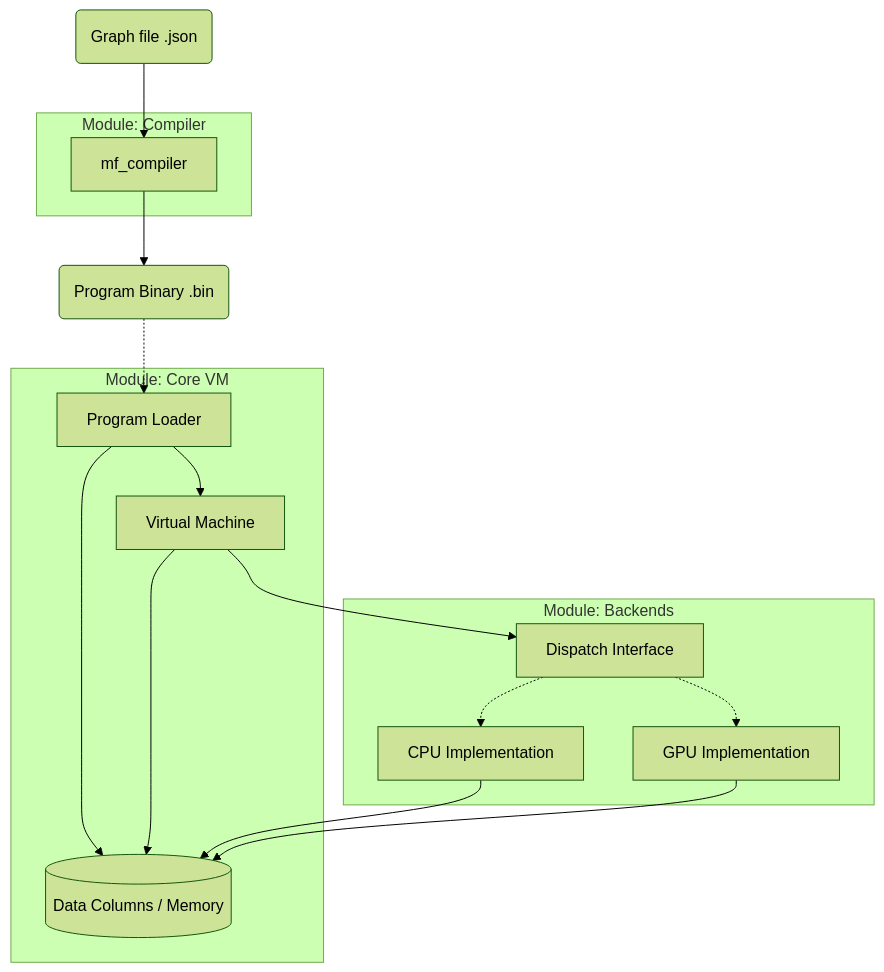
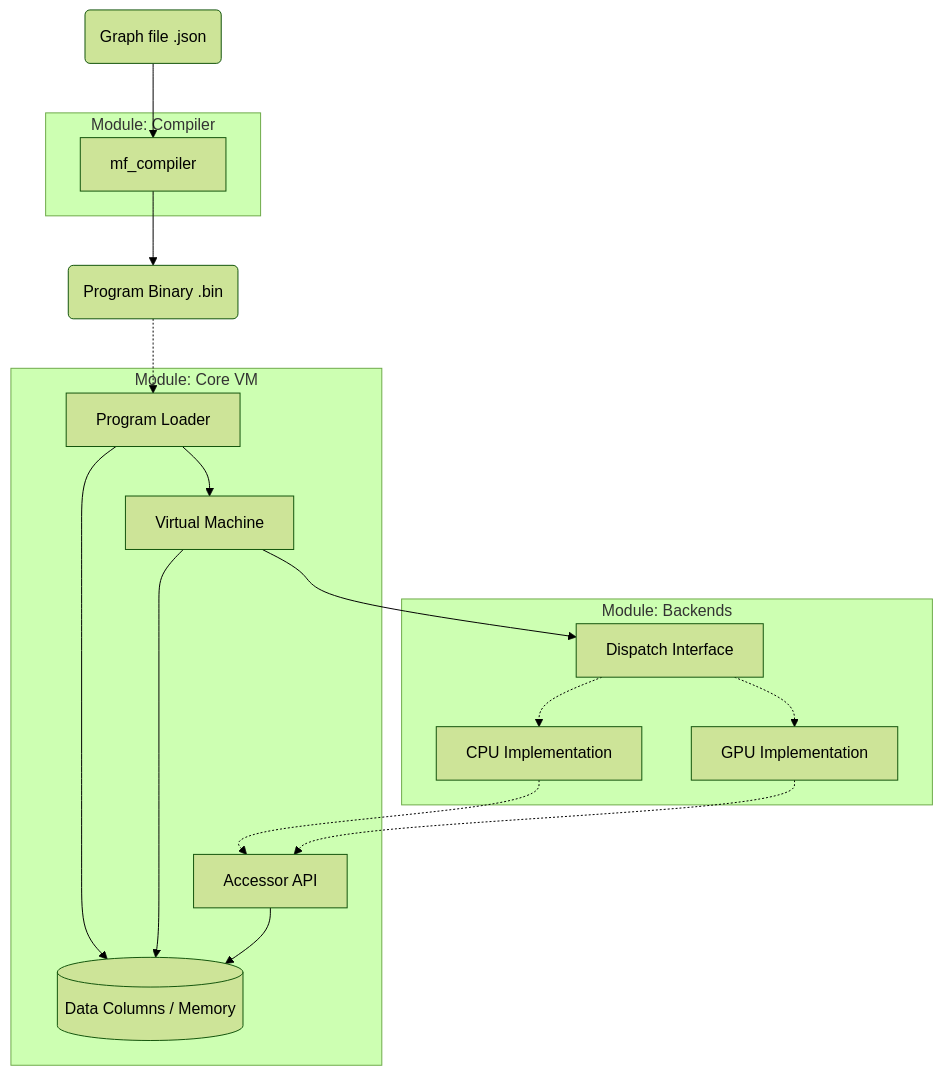
Before and after one commit to BinaryCat17/MathFlow: the diagram in docs/architecture.md, drawn with Mermaid (forest theme). The commit also changed other lines of this file, not shown here.

Commit message:
docs: update architecture to reflect Memory Accessor API and encapsulation

````diff
--- a/docs/architecture.md
+++ b/docs/architecture.md
@@ -9,43 +9,46 @@
 ```mermaid
 flowchart TD
     %% Assets
     JSON("Graph file .json")
     BIN("Program Binary .bin")
 
     %% Module: Compiler
     subgraph "Module: Compiler"
         Compiler[mf_compiler]
     end
 
     %% Module: Core VM
     subgraph "Module: Core VM"
         Loader[Program Loader]
         VM[Virtual Machine]
         Memory[("Data Columns / Memory")]
+        API["Accessor API"]
     end
 
     %% Backends
     subgraph "Module: Backends"
         Interface[Dispatch Interface]
         CPU[CPU Implementation]
         GPU[GPU Implementation]
         
         Interface -.-> CPU
         Interface -.-> GPU
     end
 
     %% Flow
     JSON --> Compiler
     
     Compiler --> BIN
     
     BIN -.-> Loader
     Loader --> Memory
     Loader --> VM
     
     VM --> Memory
     VM --> Interface
     
-    CPU --> Memory
-    GPU --> Memory
+    %% Memory Access via API
+    CPU -.-> API
+    GPU -.-> API
+    API --> Memory
 ```
````
